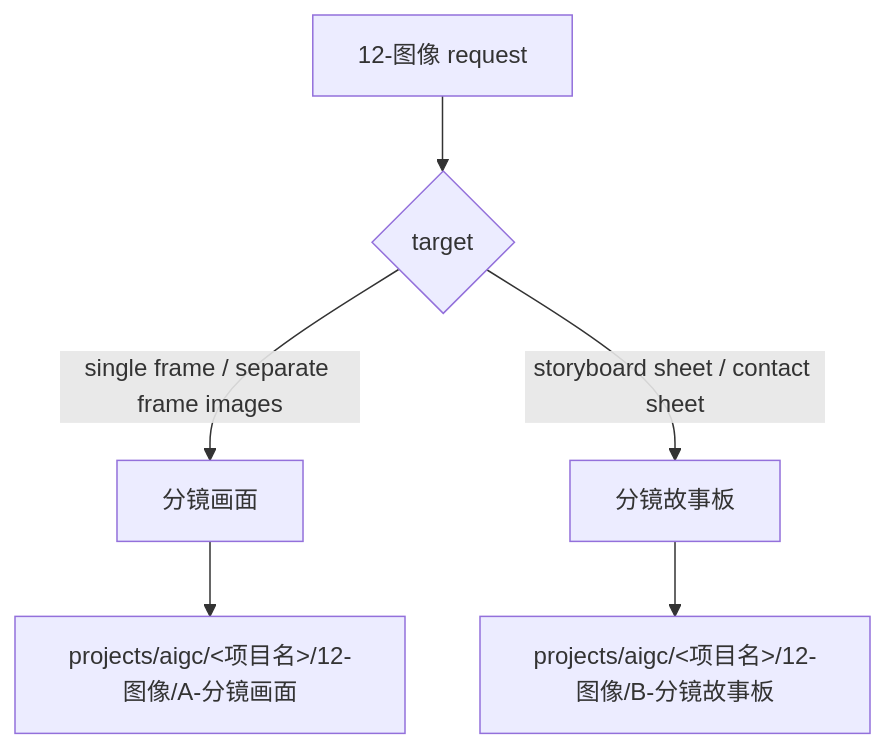
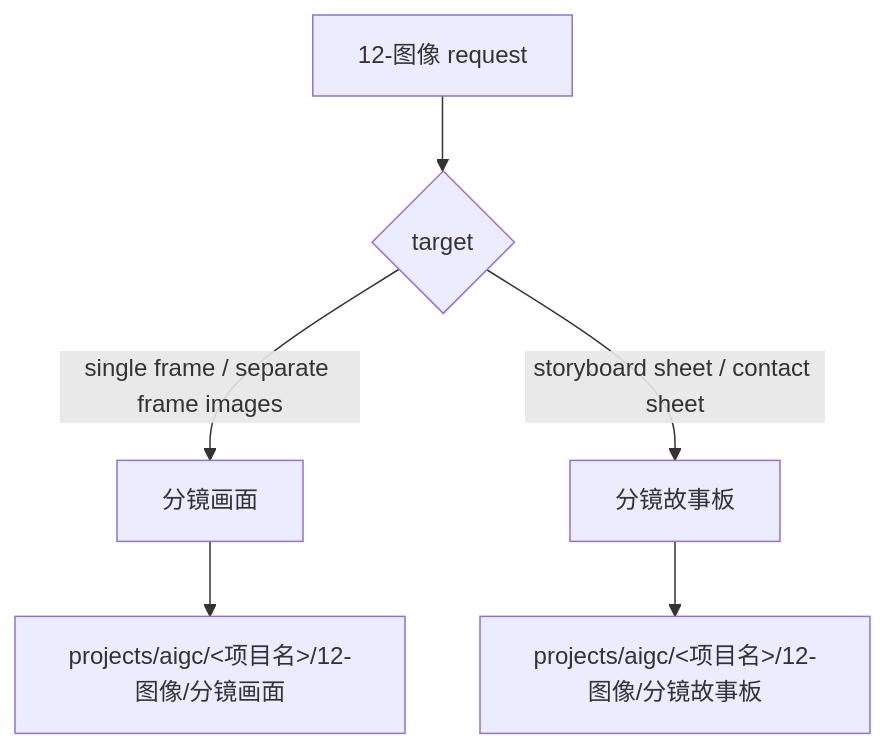
Before and after one commit to ZEN-VOID/AI-CUT: the diagram in .agents/skills/aigc/12-图像/SKILL.md, drawn with Mermaid. The commit also changed other lines of this file and 293 other files, not shown here.

````diff
--- a/.agents/skills/aigc/12-图像/SKILL.md
+++ b/.agents/skills/aigc/12-图像/SKILL.md
@@ -137,8 +139,8 @@
 ```mermaid
 flowchart TD
     A["12-图像 request"] --> B{"target"}
     B -->|"single frame / separate frame images"| C["分镜画面"]
     B -->|"storyboard sheet / contact sheet"| D["分镜故事板"]
-    C --> E["projects/aigc/<项目名>/12-图像/A-分镜画面"]
-    D --> F["projects/aigc/<项目名>/12-图像/B-分镜故事板"]
+    C --> E["projects/aigc/<项目名>/12-图像/分镜画面"]
+    D --> F["projects/aigc/<项目名>/12-图像/分镜故事板"]
 ```
````
